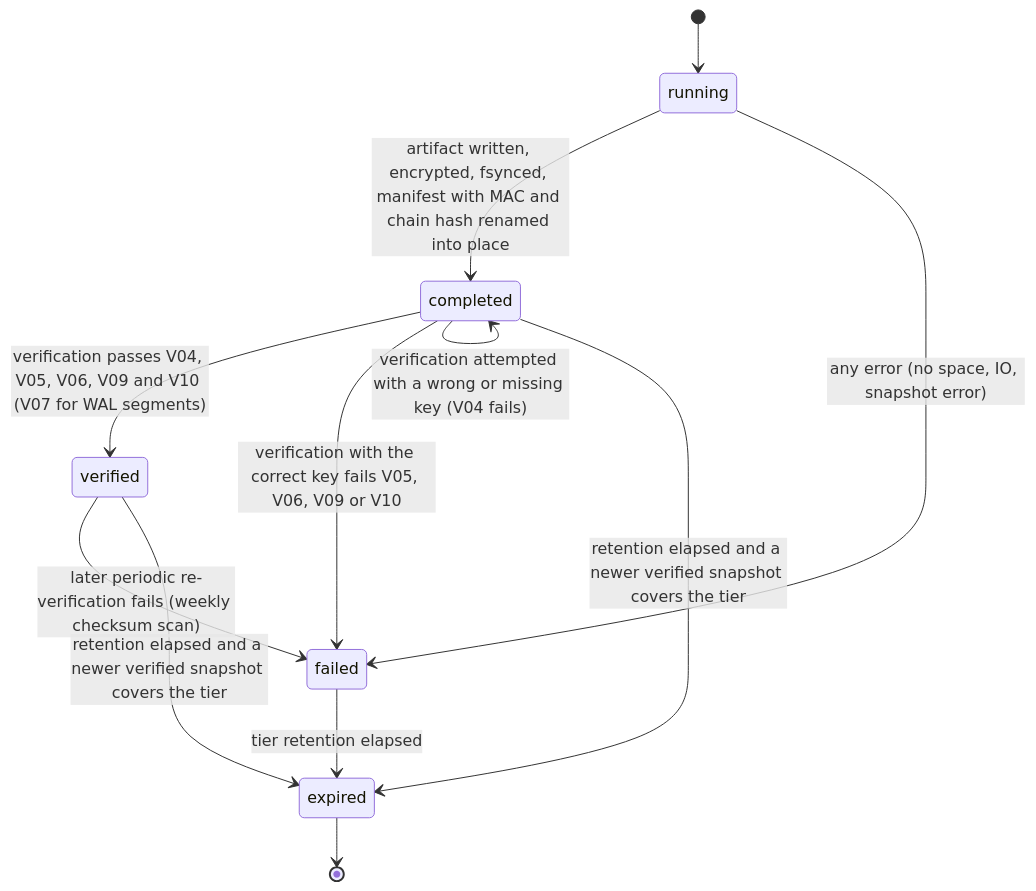
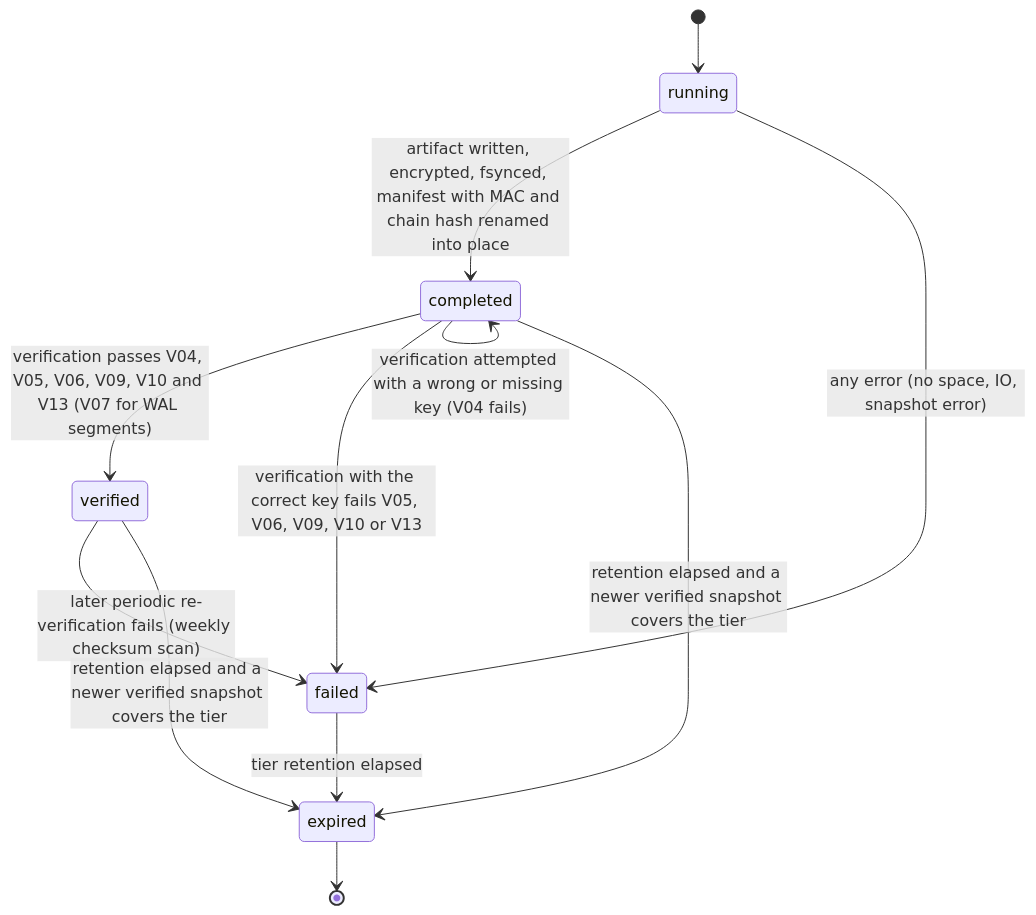
The diagram in 15_Platform/03_operations/mod_backups/workflow_state_machine.md (djshellshoxxx/CLASSifiedisRUPTed), drawn with Mermaid before and after one commit. The commit also changed other lines of this file and 334 other files, not shown here.

````diff
--- a/15_Platform/03_operations/mod_backups/workflow_state_machine.md
+++ b/15_Platform/03_operations/mod_backups/workflow_state_machine.md
@@ -31,14 +31,14 @@
 ```mermaid
 stateDiagram-v2
   [*] --> running
   running --> completed: artifact written, encrypted, fsynced, manifest with MAC and chain hash renamed into place
   running --> failed: any error (no space, IO, snapshot error)
-  completed --> verified: verification passes V04, V05, V06, V09 and V10 (V07 for WAL segments)
-  completed --> failed: verification with the correct key fails V05, V06, V09 or V10
+  completed --> verified: verification passes V04, V05, V06, V09, V10 and V13 (V07 for WAL segments)
+  completed --> failed: verification with the correct key fails V05, V06, V09, V10 or V13
   completed --> completed: verification attempted with a wrong or missing key (V04 fails)
   verified --> failed: later periodic re-verification fails (weekly checksum scan)
   verified --> expired: retention elapsed and a newer verified snapshot covers the tier
   completed --> expired: retention elapsed and a newer verified snapshot covers the tier
   failed --> expired: tier retention elapsed
   expired --> [*]
 ```
````
